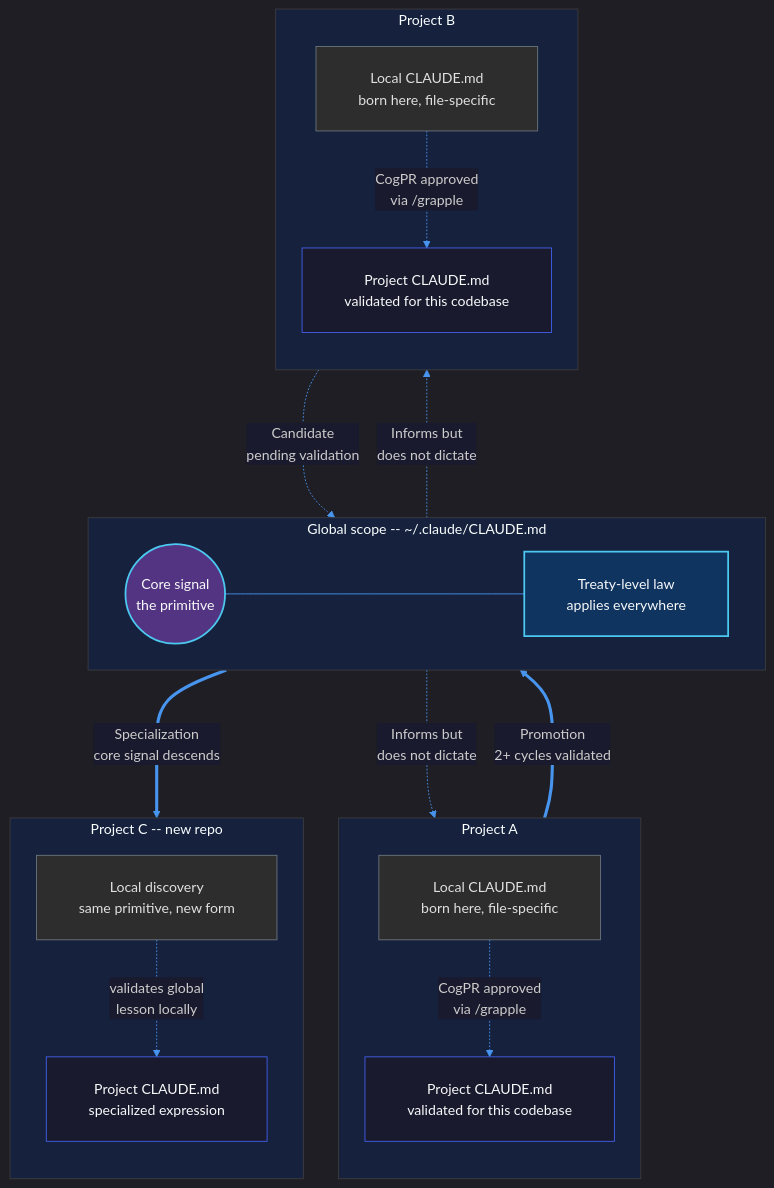
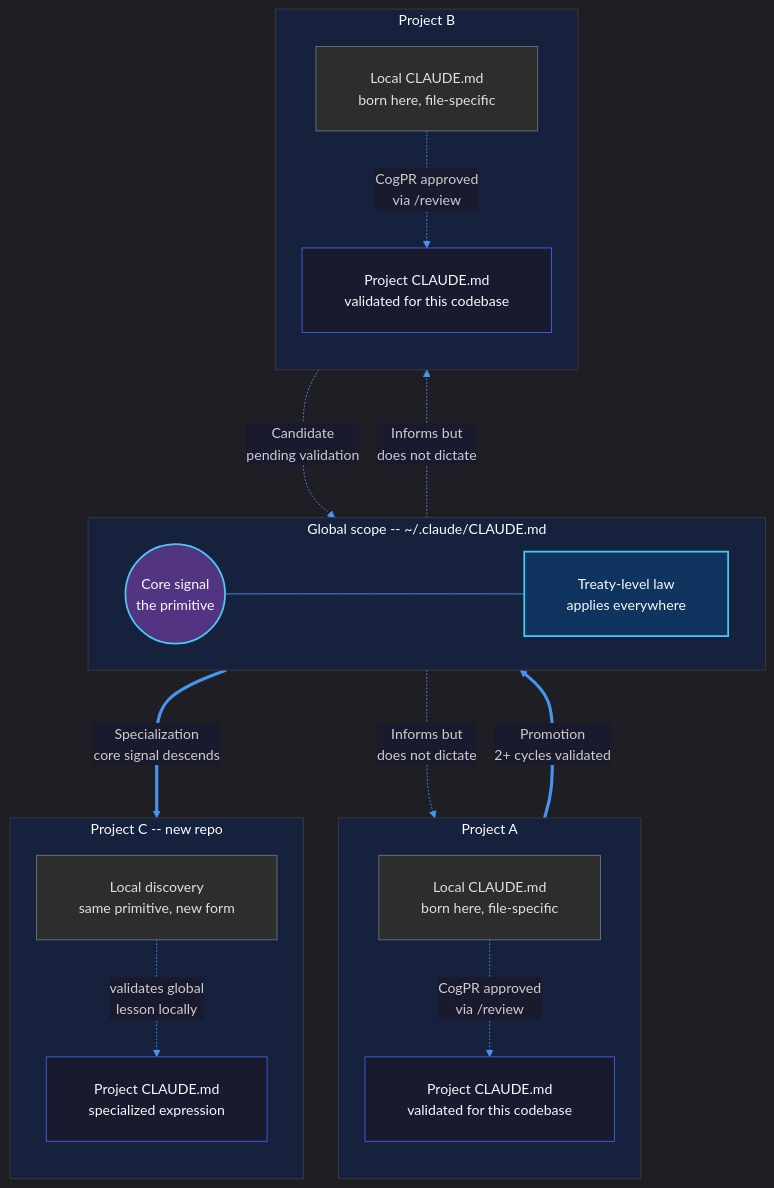
One commit to prompted365/context-grapple-gun changed the first of 2 diagrams in README.md. Above: the diagram before and after it, drawn with Mermaid. The commit also changed other lines of this file and 21 other files, not shown here.

````diff
--- a/README.md
+++ b/README.md
@@ -64,47 +64,47 @@
 ```mermaid
 %%{init: {'theme': 'dark', 'flowchart': {'padding': 24, 'rankSpacing': 60, 'nodeSpacing': 40}, 'themeVariables': {'primaryColor': '#4361ee', 'primaryTextColor': '#f8f9fa', 'primaryBorderColor': '#6c757d', 'lineColor': '#4895ef', 'secondaryColor': '#1a1a2e', 'tertiaryColor': '#16213e', 'edgeLabelBackground': '#1a1a2e', 'clusterBkg': '#16213e', 'clusterBorder': '#3d3d3d'}}}%%
 flowchart TB
     subgraph GLOBAL["Global scope -- ~/.claude/CLAUDE.md"]
         direction LR
         G1(("Core signal<br/>the primitive"))
         G2["Treaty-level law<br/>applies everywhere"]
         G1 ------ G2
     end
 
     subgraph PROJ_A["Project A"]
         direction TB
         PA1["Project CLAUDE.md<br/>validated for this codebase"]
         PA2["Local CLAUDE.md<br/>born here, file-specific"]
-        PA2 -. "CogPR approved<br/>via /grapple" .-> PA1
+        PA2 -. "CogPR approved<br/>via /review" .-> PA1
     end
 
     subgraph PROJ_B["Project B"]
         direction TB
         PB1["Project CLAUDE.md<br/>validated for this codebase"]
         PB2["Local CLAUDE.md<br/>born here, file-specific"]
-        PB2 -. "CogPR approved<br/>via /grapple" .-> PB1
+        PB2 -. "CogPR approved<br/>via /review" .-> PB1
     end
 
     subgraph PROJ_C["Project C -- new repo"]
         direction TB
         PC1["Project CLAUDE.md<br/>specialized expression"]
         PC2["Local discovery<br/>same primitive, new form"]
         PC2 -. "validates global<br/>lesson locally" .-> PC1
     end
 
     PA1 == "Promotion<br/>2+ cycles validated" ===> GLOBAL
     PB1 -. "Candidate<br/>pending validation" ..-> GLOBAL
     GLOBAL == "Specialization<br/>core signal descends" ===> PC1
     GLOBAL -. "Informs but<br/>does not dictate" ..-> PA1
     GLOBAL -. "Informs but<br/>does not dictate" ..-> PB1
 
     classDef global fill:#0f3460,stroke:#4cc9f0,color:#f8f9fa,stroke-width:2px
     classDef project fill:#1a1a2e,stroke:#4361ee,color:#f8f9fa
     classDef local fill:#2d2d2d,stroke:#6c757d,color:#e0e0e0
     classDef core fill:#533483,stroke:#4cc9f0,color:#f8f9fa,stroke-width:2px
 
     class G1 core
     class G2 global
     class PA1,PB1,PC1 project
     class PA2,PB2,PC2 local
 ```
````
